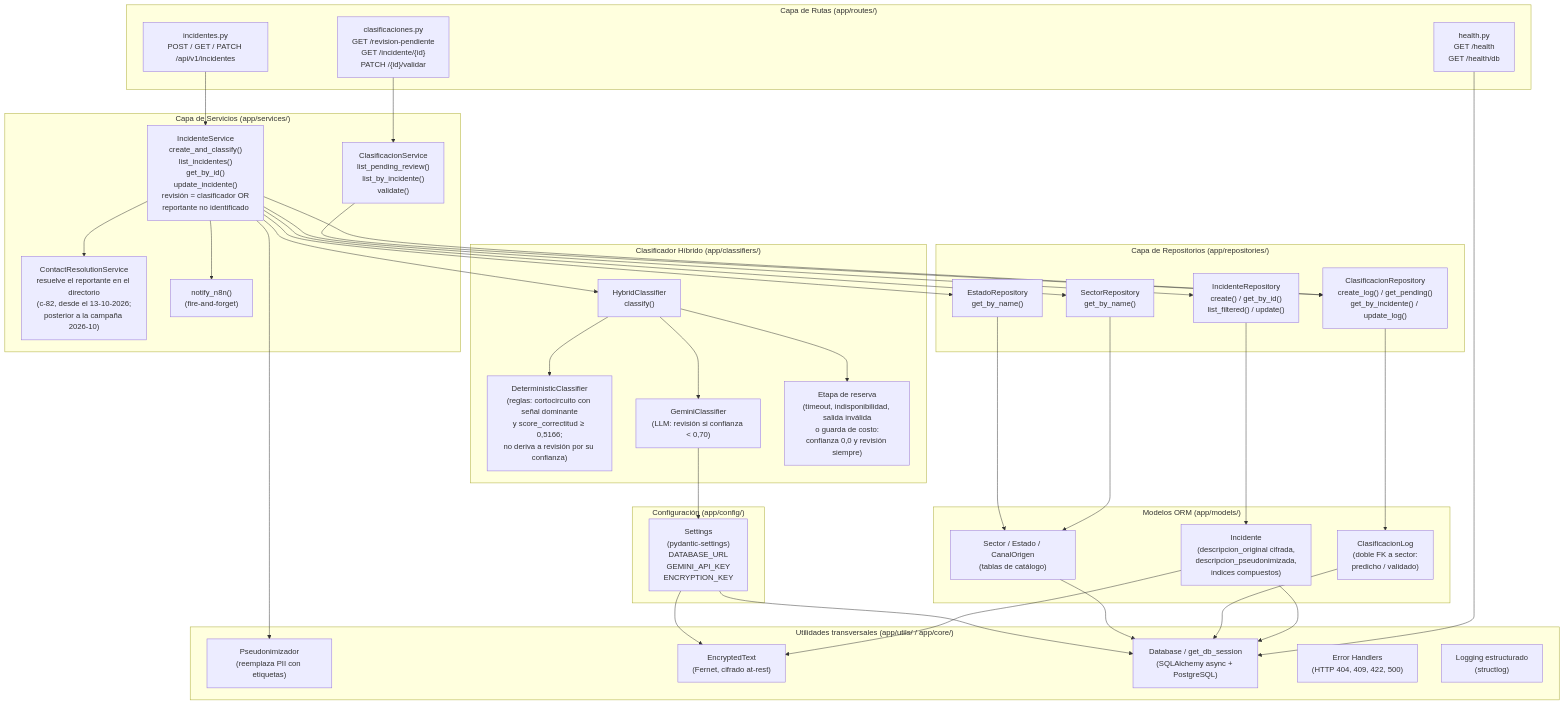
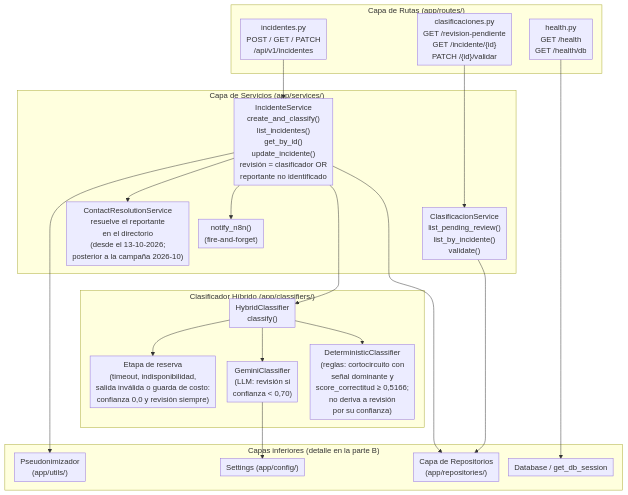
The first of 2 diagrams in docs/diagrams/componentes.md (lucaGomezB/Automatizacion-de-Mesa-de-Ayuda-N8N), drawn with Mermaid before and after one commit. The commit also changed other lines of this file and 47 other files, not shown here.

````diff
--- a/docs/diagrams/componentes.md
+++ b/docs/diagrams/componentes.md
@@ -7,81 +14,51 @@
 ```mermaid
+%%{init: {"fontFamily":"Arial, Helvetica, sans-serif","themeVariables":{"fontFamily":"Arial, Helvetica, sans-serif","fontSize":"16px"},"flowchart":{"useMaxWidth":false,"nodeSpacing":20,"rankSpacing":35,"padding":6,"wrappingWidth":400}}}%%
 graph TD
     subgraph Routes["Capa de Rutas (app/routes/)"]
-        RI["incidentes.py<br/>POST / GET / PATCH /api/v1/incidentes"]
+        RI["incidentes.py<br/>POST / GET / PATCH<br/>/api/v1/incidentes"]
         RC["clasificaciones.py<br/>GET /revision-pendiente<br/>GET /incidente/{id}<br/>PATCH /{id}/validar"]
         RH["health.py<br/>GET /health<br/>GET /health/db"]
     end
 
     subgraph Services["Capa de Servicios (app/services/)"]
         SI["IncidenteService<br/>create_and_classify()<br/>list_incidentes()<br/>get_by_id()<br/>update_incidente()<br/>revisión = clasificador OR<br/>reportante no identificado"]
-        SCR["ContactResolutionService<br/>resuelve el reportante en el directorio<br/>(c-82, desde el 13-10-2026;<br/>posterior a la campaña 2026-10)"]
+        SCR["ContactResolutionService<br/>resuelve el reportante<br/>en el directorio<br/>(desde el 13-10-2026;<br/>posterior a la campaña 2026-10)"]
         SC["ClasificacionService<br/>list_pending_review()<br/>list_by_incidente()<br/>validate()"]
         SN["notify_n8n()<br/>(fire-and-forget)"]
     end
 
     subgraph Classifiers["Clasificador Híbrido (app/classifiers/)"]
         CH["HybridClassifier<br/>classify()"]
-        CD["DeterministicClassifier<br/>(reglas: cortocircuito con señal dominante<br/>y score_correctitud ≥ 0,5166;<br/>no deriva a revisión por su confianza)"]
-        CG["GeminiClassifier<br/>(LLM: revisión si confianza &lt; 0,70)"]
-        CR["Etapa de reserva<br/>(timeout, indisponibilidad, salida inválida<br/>o guarda de costo:<br/>confianza 0,0 y revisión siempre)"]
+        CD["DeterministicClassifier<br/>(reglas: cortocircuito con<br/>señal dominante y<br/>score_correctitud ≥ 0,5166;<br/>no deriva a revisión<br/>por su confianza)"]
+        CG["GeminiClassifier<br/>(LLM: revisión si<br/>confianza &lt; 0,70)"]
+        CR["Etapa de reserva<br/>(timeout, indisponibilidad,<br/>salida inválida o guarda de costo:<br/>confianza 0,0 y revisión siempre)"]
     end
 
-    subgraph Repositories["Capa de Repositorios (app/repositories/)"]
-        RIR["IncidenteRepository<br/>create() / get_by_id()<br/>list_filtered() / update()"]
-        RCR["ClasificacionRepository<br/>create_log() / get_pending()<br/>get_by_incidente() / update_log()"]
-        RSR["SectorRepository<br/>get_by_name()"]
-        RER["EstadoRepository<br/>get_by_name()"]
+    subgraph Resto["Capas inferiores (detalle en la parte B)"]
+        RP["Capa de Repositorios<br/>(app/repositories/)"]
+        DBX["Database / get_db_session"]
+        SETX["Settings (app/config/)"]
+        UPX["Pseudonimizador<br/>(app/utils/)"]
     end
 
-    subgraph Models["Modelos ORM (app/models/)"]
-        MI["Incidente<br/>(descripcion_original cifrada,<br/>descripcion_pseudonimizada,<br/>indices compuestos)"]
-        MCL["ClasificacionLog<br/>(doble FK a sector:<br/>predicho / validado)"]
-        MS["Sector / Estado / CanalOrigen<br/>(tablas de catálogo)"]
-    end
-
-    subgraph Utils["Utilidades transversales (app/utils/ / app/core/)"]
-        UP["Pseudonimizador<br/>(reemplaza PII con etiquetas)"]
-        UE["EncryptedText<br/>(Fernet, cifrado at-rest)"]
-        DB["Database / get_db_session<br/>(SQLAlchemy async + PostgreSQL)"]
-        ER["Error Handlers<br/>(HTTP 404, 409, 422, 500)"]
-        LOG["Logging estructurado<br/>(structlog)"]
-    end
-
-    subgraph Config["Configuración (app/config/)"]
-        SET["Settings<br/>(pydantic-settings)<br/>DATABASE_URL<br/>GEMINI_API_KEY<br/>ENCRYPTION_KEY"]
-    end
-
-    %% Dependencias entre capas
     RI --> SI
     RC --> SC
-    RH --> DB
+    RH --> DBX
 
-    SI --> RIR
-    SI --> RCR
-    SI --> RSR
-    SI --> RER
+    SI --> RP
     SI --> CH
-    SI --> UP
     SI --> SN
     SI --> SCR
+    SI --> UPX
 
-    SC --> RCR
+    SC --> RP
 
     CH --> CD
     CH --> CG
     CH --> CR
-    CG --> SET
+    CG --> SETX
 
-    RIR --> MI
-    RCR --> MCL
-    RSR --> MS
-    RER --> MS
-
-    MI --> UE
-    MI --> DB
-    MCL --> DB
-    MS --> DB
-
-    SET --> DB
-    SET --> UE
+    SCR ~~~ CH
+    SN ~~~ CH
+    SC ~~~ CH
 ```
````
